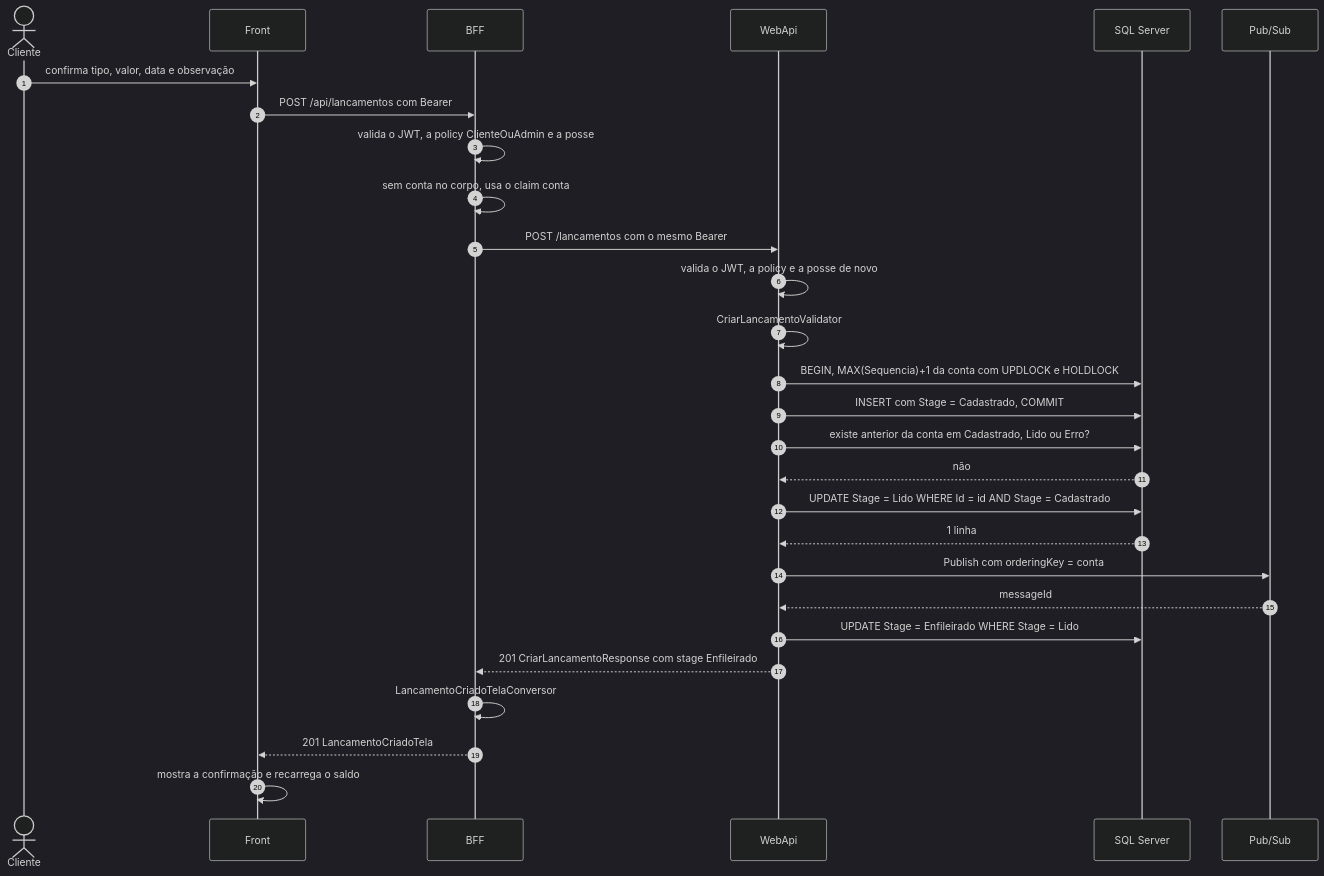
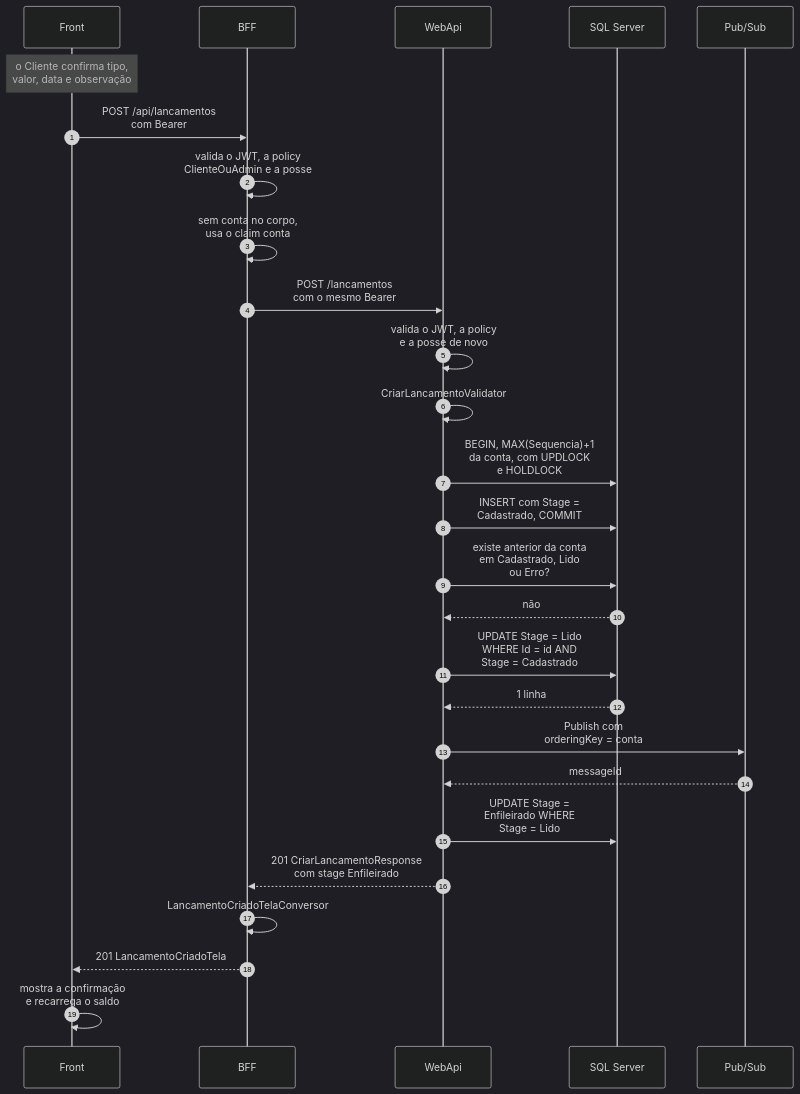
Diagram 16 of 23 in docs/arquitetura/software/02-c4-componentes-e-codigo.md (michellerodrigues/lancamentos-diarios-poc), drawn with Mermaid (dark theme) before and after one commit. The commit also changed other lines of this file and 45 other files, not shown here.

````diff
--- a/docs/arquitetura/software/02-c4-componentes-e-codigo.md
+++ b/docs/arquitetura/software/02-c4-componentes-e-codigo.md
@@ -677,30 +810,29 @@
 ```mermaid
 sequenceDiagram
     autonumber
-    actor U as Cliente
     participant F as Front
     participant B as BFF
     participant W as WebApi
     participant DB as SQL Server
     participant PS as Pub/Sub
-    U->>F: confirma tipo, valor, data e observação
-    F->>B: POST /api/lancamentos com Bearer
-    B->>B: valida o JWT, a policy ClienteOuAdmin e a posse
-    B->>B: sem conta no corpo, usa o claim conta
-    B->>W: POST /lancamentos com o mesmo Bearer
-    W->>W: valida o JWT, a policy e a posse de novo
+    Note over F: o Cliente confirma tipo,<br/>valor, data e observação
+    F->>B: POST /api/lancamentos<br/>com Bearer
+    B->>B: valida o JWT, a policy<br/>ClienteOuAdmin e a posse
+    B->>B: sem conta no corpo,<br/>usa o claim conta
+    B->>W: POST /lancamentos<br/>com o mesmo Bearer
+    W->>W: valida o JWT, a policy<br/>e a posse de novo
     W->>W: CriarLancamentoValidator
-    W->>DB: BEGIN, MAX(Sequencia)+1 da conta com UPDLOCK e HOLDLOCK
-    W->>DB: INSERT com Stage = Cadastrado, COMMIT
-    W->>DB: existe anterior da conta em Cadastrado, Lido ou Erro?
+    W->>DB: BEGIN, MAX(Sequencia)+1<br/>da conta, com UPDLOCK<br/>e HOLDLOCK
+    W->>DB: INSERT com Stage =<br/>Cadastrado, COMMIT
+    W->>DB: existe anterior da conta<br/>em Cadastrado, Lido<br/>ou Erro?
     DB-->>W: não
-    W->>DB: UPDATE Stage = Lido WHERE Id = id AND Stage = Cadastrado
+    W->>DB: UPDATE Stage = Lido<br/>WHERE Id = id AND<br/>Stage = Cadastrado
     DB-->>W: 1 linha
-    W->>PS: Publish com orderingKey = conta
+    W->>PS: Publish com<br/>orderingKey = conta
     PS-->>W: messageId
-    W->>DB: UPDATE Stage = Enfileirado WHERE Stage = Lido
-    W-->>B: 201 CriarLancamentoResponse com stage Enfileirado
+    W->>DB: UPDATE Stage =<br/>Enfileirado WHERE<br/>Stage = Lido
+    W-->>B: 201 CriarLancamentoResponse<br/>com stage Enfileirado
     B->>B: LancamentoCriadoTelaConversor
     B-->>F: 201 LancamentoCriadoTela
-    F->>F: mostra a confirmação e recarrega o saldo
+    F->>F: mostra a confirmação<br/>e recarrega o saldo
 ```
````
